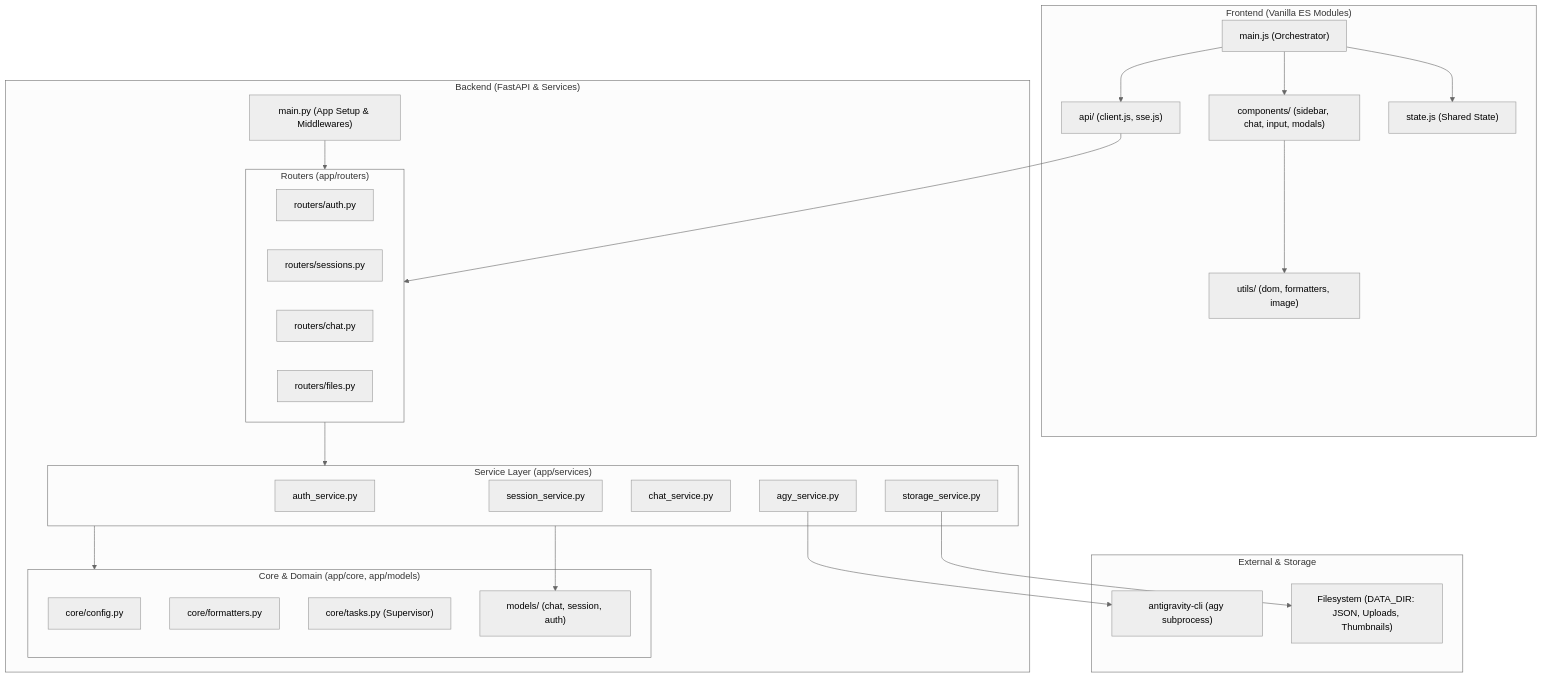
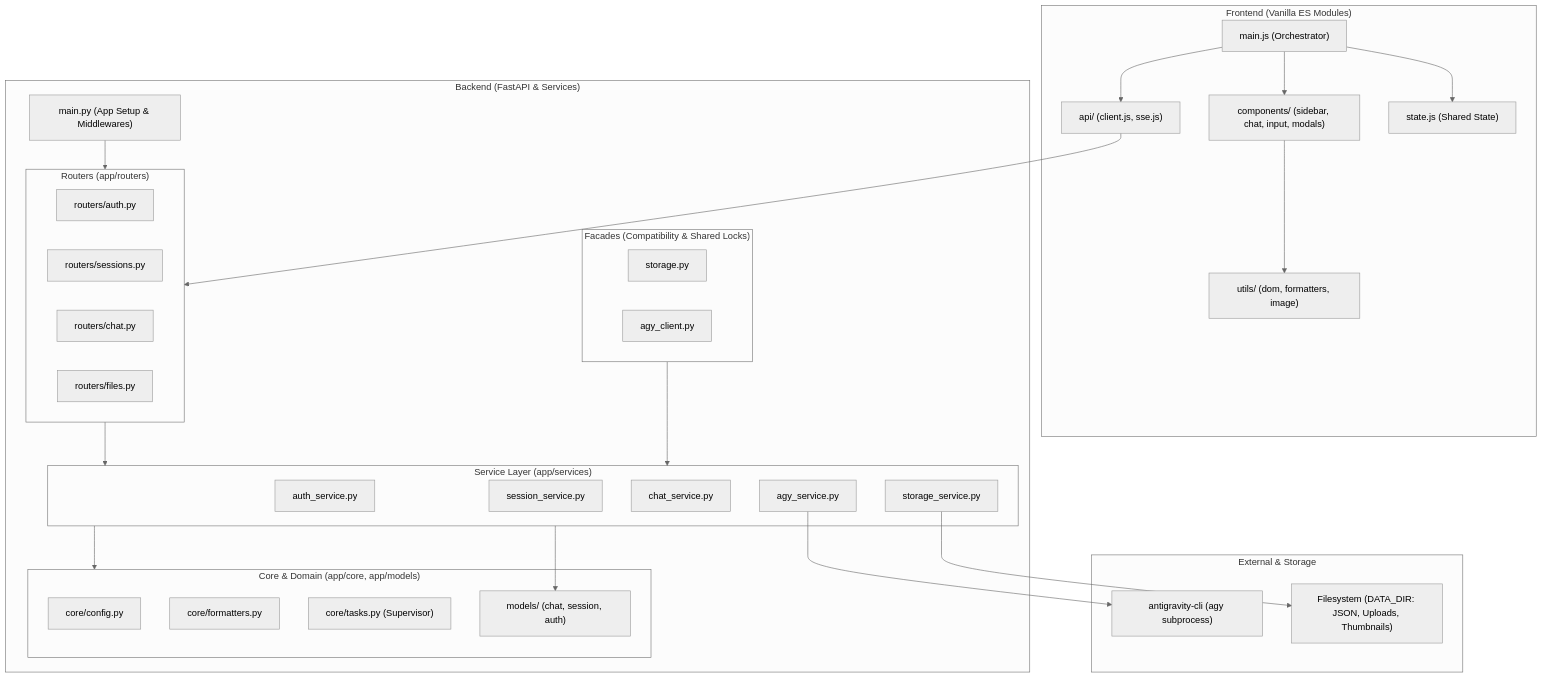
Before and after one commit to peez80/rememberbot: the diagram in docs/architecture.md, drawn with Mermaid (neutral theme). The commit also changed other lines of this file and 27 other files, not shown here.

````diff
--- a/docs/architecture.md
+++ b/docs/architecture.md
@@ -9,53 +9,59 @@
 ```mermaid
 graph TD
     subgraph Frontend ["Frontend (Vanilla ES Modules)"]
         UI_Main["main.js (Orchestrator)"]
         UI_Components["components/ (sidebar, chat, input, modals)"]
         UI_API["api/ (client.js, sse.js)"]
         UI_Utils["utils/ (dom, formatters, image)"]
         UI_State["state.js (Shared State)"]
         UI_Main --> UI_Components
         UI_Main --> UI_API
         UI_Main --> UI_State
         UI_Components --> UI_Utils
     end
 
     subgraph Backend ["Backend (FastAPI & Services)"]
         AppEntry["main.py (App Setup & Middlewares)"]
         
         subgraph Routers ["Routers (app/routers)"]
             R_Auth["routers/auth.py"]
             R_Sessions["routers/sessions.py"]
             R_Chat["routers/chat.py"]
             R_Files["routers/files.py"]
+        end
+
+        subgraph Facades ["Facades (Compatibility & Shared Locks)"]
+            F_Storage["storage.py"]
+            F_AGY["agy_client.py"]
         end
 
         subgraph Services ["Service Layer (app/services)"]
             S_Auth["auth_service.py"]
             S_Session["session_service.py"]
             S_Chat["chat_service.py"]
             S_AGY["agy_service.py"]
             S_Storage["storage_service.py"]
         end
 
         subgraph Core ["Core & Domain (app/core, app/models)"]
             C_Config["core/config.py"]
             C_Formatters["core/formatters.py"]
             C_Tasks["core/tasks.py (Supervisor)"]
             M_Domain["models/ (chat, session, auth)"]
         end
     end
 
     subgraph External ["External & Storage"]
         CLI["antigravity-cli (agy subprocess)"]
         Disk["Filesystem (DATA_DIR: JSON, Uploads, Thumbnails)"]
     end
 
     UI_API --> Routers
     AppEntry --> Routers
     Routers --> Services
+    Facades --> Services
     Services --> Core
     Services --> M_Domain
     S_AGY --> CLI
     S_Storage --> Disk
 ```
````
